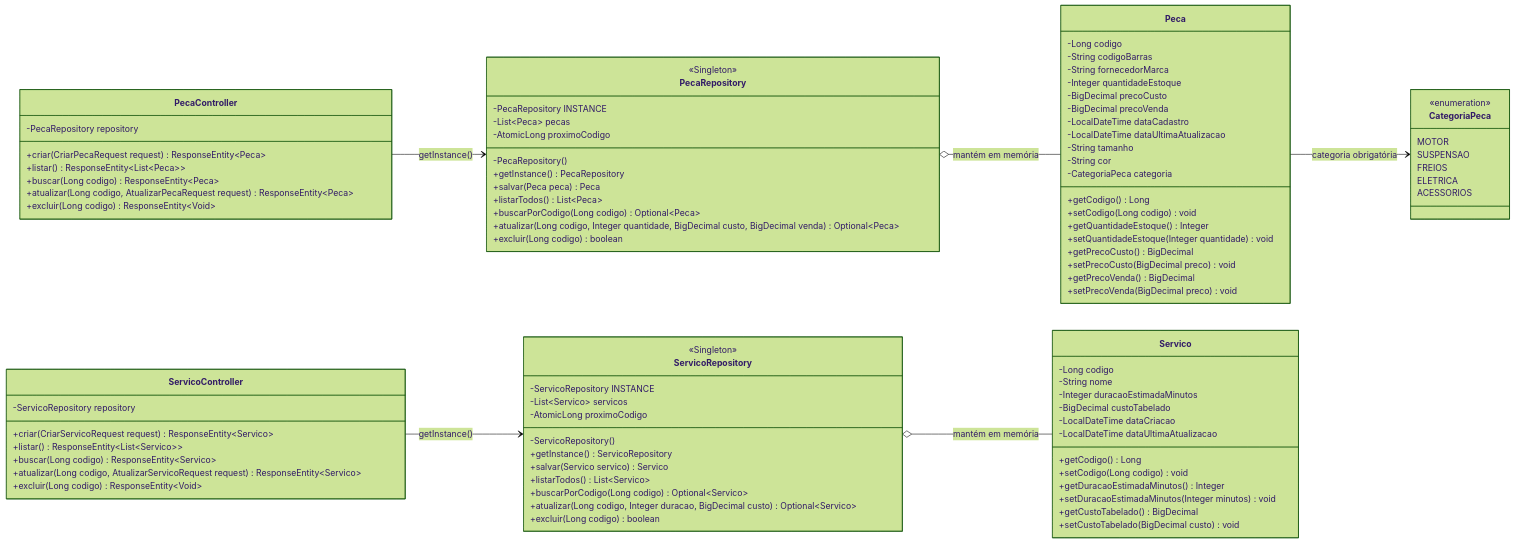
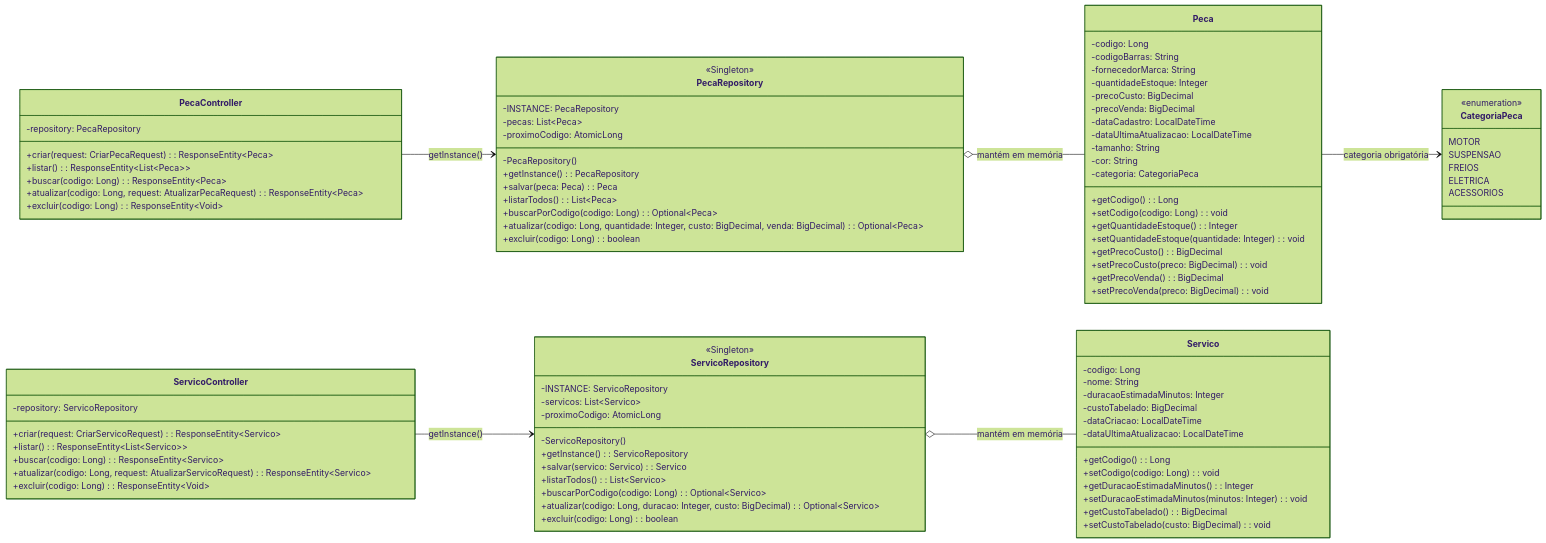
The first of 3 diagrams in docs/diagrama-classes.md (Gitthe05/mecaniQA-api-belo_horizonte), drawn with Mermaid (forest theme) before and after one commit. The commit also changed other lines of this file and 1 other file, not shown here.

Commit message:
atualização de apresentação

```diff
--- a/docs/diagrama-classes.md
+++ b/docs/diagrama-classes.md
@@ -16,86 +16,86 @@
     }
 
     class Peca {
-        -Long codigo
-        -String codigoBarras
-        -String fornecedorMarca
-        -Integer quantidadeEstoque
-        -BigDecimal precoCusto
-        -BigDecimal precoVenda
-        -LocalDateTime dataCadastro
-        -LocalDateTime dataUltimaAtualizacao
-        -String tamanho
-        -String cor
-        -CategoriaPeca categoria
-        +getCodigo() Long
-        +setCodigo(Long codigo) void
-        +getQuantidadeEstoque() Integer
-        +setQuantidadeEstoque(Integer quantidade) void
-        +getPrecoCusto() BigDecimal
-        +setPrecoCusto(BigDecimal preco) void
-        +getPrecoVenda() BigDecimal
-        +setPrecoVenda(BigDecimal preco) void
+        -codigo: Long
+        -codigoBarras: String
+        -fornecedorMarca: String
+        -quantidadeEstoque: Integer
+        -precoCusto: BigDecimal
+        -precoVenda: BigDecimal
+        -dataCadastro: LocalDateTime
+        -dataUltimaAtualizacao: LocalDateTime
+        -tamanho: String
+        -cor: String
+        -categoria: CategoriaPeca
+        +getCodigo(): Long
+        +setCodigo(codigo: Long): void
+        +getQuantidadeEstoque(): Integer
+        +setQuantidadeEstoque(quantidade: Integer): void
+        +getPrecoCusto(): BigDecimal
+        +setPrecoCusto(preco: BigDecimal): void
+        +getPrecoVenda(): BigDecimal
+        +setPrecoVenda(preco: BigDecimal): void
     }
 
     class Servico {
-        -Long codigo
-        -String nome
-        -Integer duracaoEstimadaMinutos
-        -BigDecimal custoTabelado
-        -LocalDateTime dataCriacao
-        -LocalDateTime dataUltimaAtualizacao
-        +getCodigo() Long
-        +setCodigo(Long codigo) void
-        +getDuracaoEstimadaMinutos() Integer
-        +setDuracaoEstimadaMinutos(Integer minutos) void
-        +getCustoTabelado() BigDecimal
-        +setCustoTabelado(BigDecimal custo) void
+        -codigo: Long
+        -nome: String
+        -duracaoEstimadaMinutos: Integer
+        -custoTabelado: BigDecimal
+        -dataCriacao: LocalDateTime
+        -dataUltimaAtualizacao: LocalDateTime
+        +getCodigo(): Long
+        +setCodigo(codigo: Long): void
+        +getDuracaoEstimadaMinutos(): Integer
+        +setDuracaoEstimadaMinutos(minutos: Integer): void
+        +getCustoTabelado(): BigDecimal
+        +setCustoTabelado(custo: BigDecimal): void
     }
 
     class PecaRepository {
         <<Singleton>>
-        -PecaRepository INSTANCE
-        -List~Peca~ pecas
-        -AtomicLong proximoCodigo
+        -INSTANCE: PecaRepository
+        -pecas: List~Peca~
+        -proximoCodigo: AtomicLong
         -PecaRepository()
-        +getInstance() PecaRepository
-        +salvar(Peca peca) Peca
-        +listarTodos() List~Peca~
-        +buscarPorCodigo(Long codigo) Optional~Peca~
-        +atualizar(Long codigo, Integer quantidade, BigDecimal custo, BigDecimal venda) Optional~Peca~
-        +excluir(Long codigo) boolean
+        +getInstance(): PecaRepository
+        +salvar(peca: Peca): Peca
+        +listarTodos(): List~Peca~
+        +buscarPorCodigo(codigo: Long): Optional~Peca~
+        +atualizar(codigo: Long, quantidade: Integer, custo: BigDecimal, venda: BigDecimal): Optional~Peca~
+        +excluir(codigo: Long): boolean
     }
 
     class ServicoRepository {
         <<Singleton>>
-        -ServicoRepository INSTANCE
-        -List~Servico~ servicos
-        -AtomicLong proximoCodigo
+        -INSTANCE: ServicoRepository
+        -servicos: List~Servico~
+        -proximoCodigo: AtomicLong
         -ServicoRepository()
-        +getInstance() ServicoRepository
-        +salvar(Servico servico) Servico
-        +listarTodos() List~Servico~
-        +buscarPorCodigo(Long codigo) Optional~Servico~
-        +atualizar(Long codigo, Integer duracao, BigDecimal custo) Optional~Servico~
-        +excluir(Long codigo) boolean
+        +getInstance(): ServicoRepository
+        +salvar(servico: Servico): Servico
+        +listarTodos(): List~Servico~
+        +buscarPorCodigo(codigo: Long): Optional~Servico~
+        +atualizar(codigo: Long, duracao: Integer, custo: BigDecimal): Optional~Servico~
+        +excluir(codigo: Long): boolean
     }
 
     class PecaController {
-        -PecaRepository repository
-        +criar(CriarPecaRequest request) ResponseEntity~Peca~
-        +listar() ResponseEntity~List~Peca~~
-        +buscar(Long codigo) ResponseEntity~Peca~
-        +atualizar(Long codigo, AtualizarPecaRequest request) ResponseEntity~Peca~
-        +excluir(Long codigo) ResponseEntity~Void~
+        -repository: PecaRepository
+        +criar(request: CriarPecaRequest): ResponseEntity~Peca~
+        +listar(): ResponseEntity~List~Peca~~
+        +buscar(codigo: Long): ResponseEntity~Peca~
+        +atualizar(codigo: Long, request: AtualizarPecaRequest): ResponseEntity~Peca~
+        +excluir(codigo: Long): ResponseEntity~Void~
     }
 
     class ServicoController {
-        -ServicoRepository repository
-        +criar(CriarServicoRequest request) ResponseEntity~Servico~
-        +listar() ResponseEntity~List~Servico~~
-        +buscar(Long codigo) ResponseEntity~Servico~
-        +atualizar(Long codigo, AtualizarServicoRequest request) ResponseEntity~Servico~
-        +excluir(Long codigo) ResponseEntity~Void~
+        -repository: ServicoRepository
+        +criar(request: CriarServicoRequest): ResponseEntity~Servico~
+        +listar(): ResponseEntity~List~Servico~~
+        +buscar(codigo: Long): ResponseEntity~Servico~
+        +atualizar(codigo: Long, request: AtualizarServicoRequest): ResponseEntity~Servico~
+        +excluir(codigo: Long): ResponseEntity~Void~
     }
 
     Peca --> CategoriaPeca : categoria obrigatória
```
